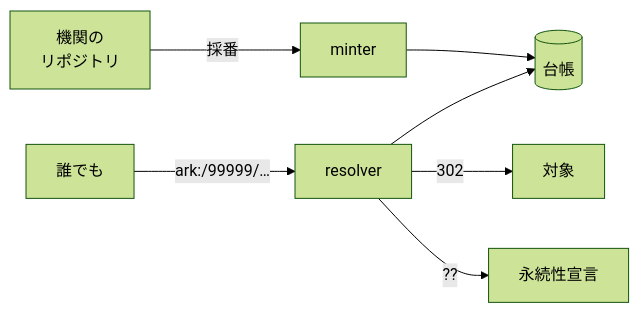
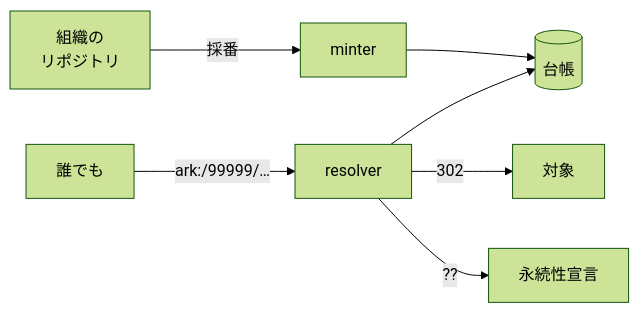
Before and after one commit to RCOSDP/arkhe: the diagram in docs/index.ja.md, drawn with Mermaid (forest theme). The commit also changed other lines of this file and 62 other files, not shown here.

````diff
--- a/docs/index.ja.md
+++ b/docs/index.ja.md
@@ -5,9 +5,9 @@
 ```mermaid
 flowchart LR
-    R["機関の<br/>リポジトリ"] -->|採番| M[minter]
+    R["組織の<br/>リポジトリ"] -->|採番| M[minter]
     U[誰でも] -->|ark:/99999/…| S[resolver]
     M --> D[(台帳)]
     S --> D
     S -->|302| T[対象]
     S -->|"?? "| P[永続性宣言]
 ```
````
